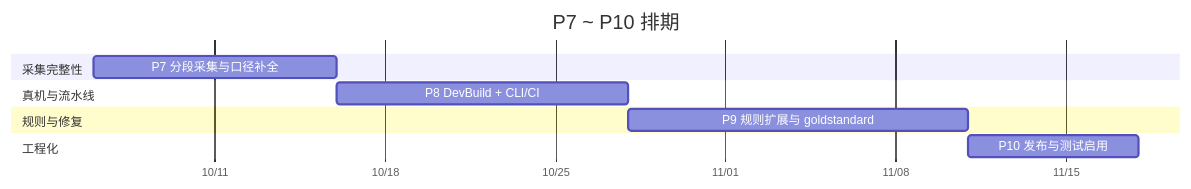
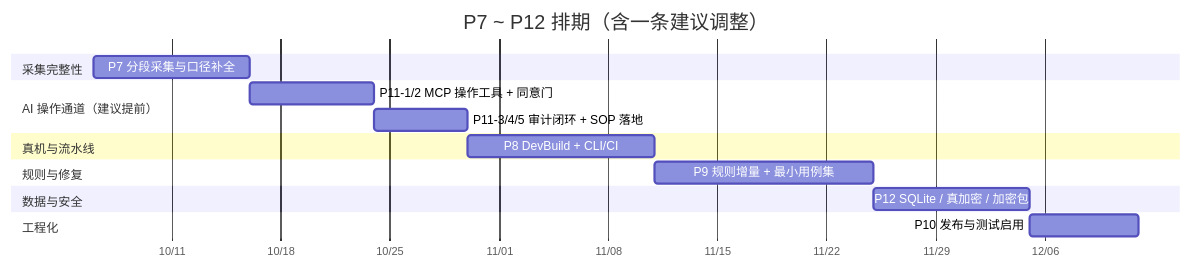
The second of 2 diagrams in Assets/PerfAgent/开发计划.md (MothCyan/PerfAgent-Unity), drawn with Mermaid before and after one commit. The commit also changed other lines of this file and 1 other file, not shown here.

````diff
--- a/Assets/PerfAgent/开发计划.md
+++ b/Assets/PerfAgent/开发计划.md
@@ -222,14 +242,19 @@
 ```mermaid
 gantt
     dateFormat YYYY-MM-DD
     axisFormat  %m/%d
-    title P7 ~ P10 排期
+    title P7 ~ P12 排期（含一条建议调整）
     section 采集完整性
-    P7 分段采集与口径补全    :p7, 2026-10-06, 10d
+    P7 分段采集与口径补全        :p7, 2026-10-06, 10d
+    section AI 操作通道（建议提前）
+    P11-1/2 MCP 操作工具 + 同意门 :p11a, after p7, 8d
+    P11-3/4/5 审计闭环 + SOP 落地 :p11b, after p11a, 6d
     section 真机与流水线
-    P8 DevBuild + CLI/CI     :p8, after p7, 12d
+    P8 DevBuild + CLI/CI         :p8, after p11b, 12d
     section 规则与修复
-    P9 规则扩展与 goldstandard :p9, after p8, 14d
+    P9 规则增量 + 最小用例集      :p9, after p8, 14d
+    section 数据与安全
+    P12 SQLite / 真加密 / 加密包  :p12, after p9, 10d
     section 工程化
-    P10 发布与测试启用       :p10, after p9, 7d
+    P10 发布与测试启用            :p10, after p12, 7d
 ```
````
